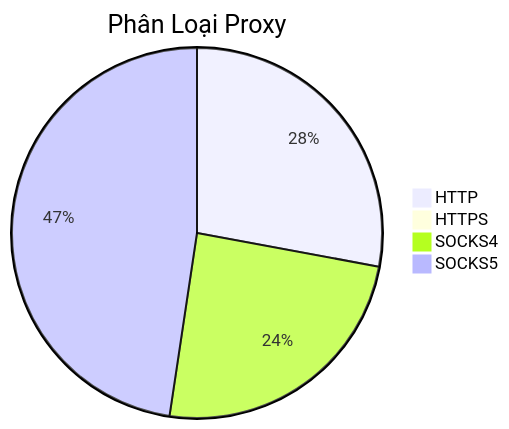
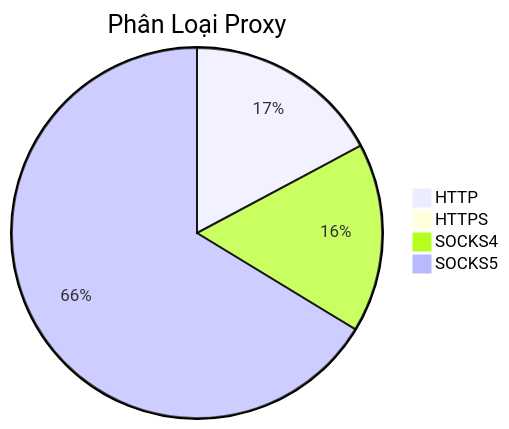
The diagram in README.md (Ciara-Aa/PROXY-free), drawn with Mermaid before and after one commit. The commit also changed other lines of this file and 4 other files, not shown here.

````diff
--- a/README.md
+++ b/README.md
@@ -26,7 +26,7 @@
 ```mermaid
 pie title Phân Loại Proxy
-    "HTTP" : 347
-    "HTTPS" : 8
-    "SOCKS4" : 304
-    "SOCKS5" : 592
+    "HTTP" : 298
+    "HTTPS" : 7
+    "SOCKS4" : 286
+    "SOCKS5" : 1149
 ```
````
